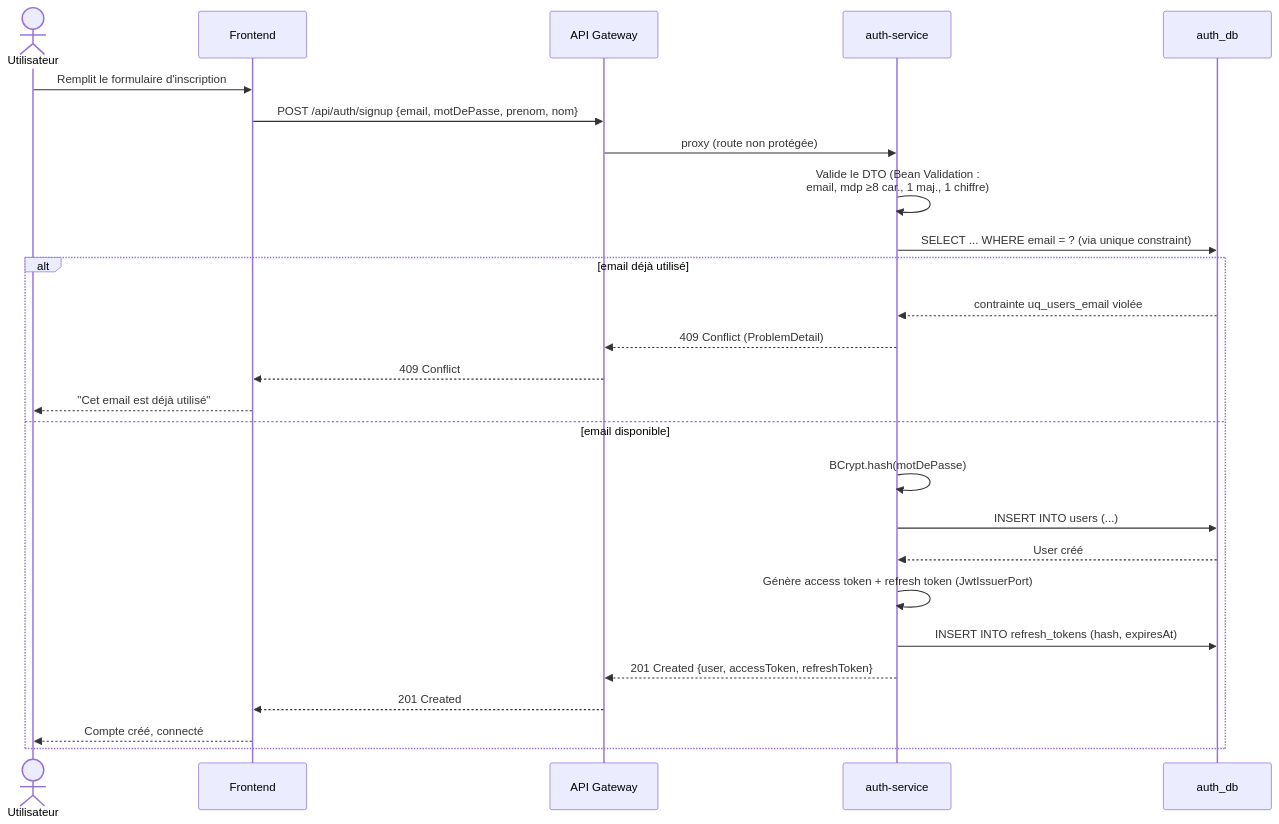
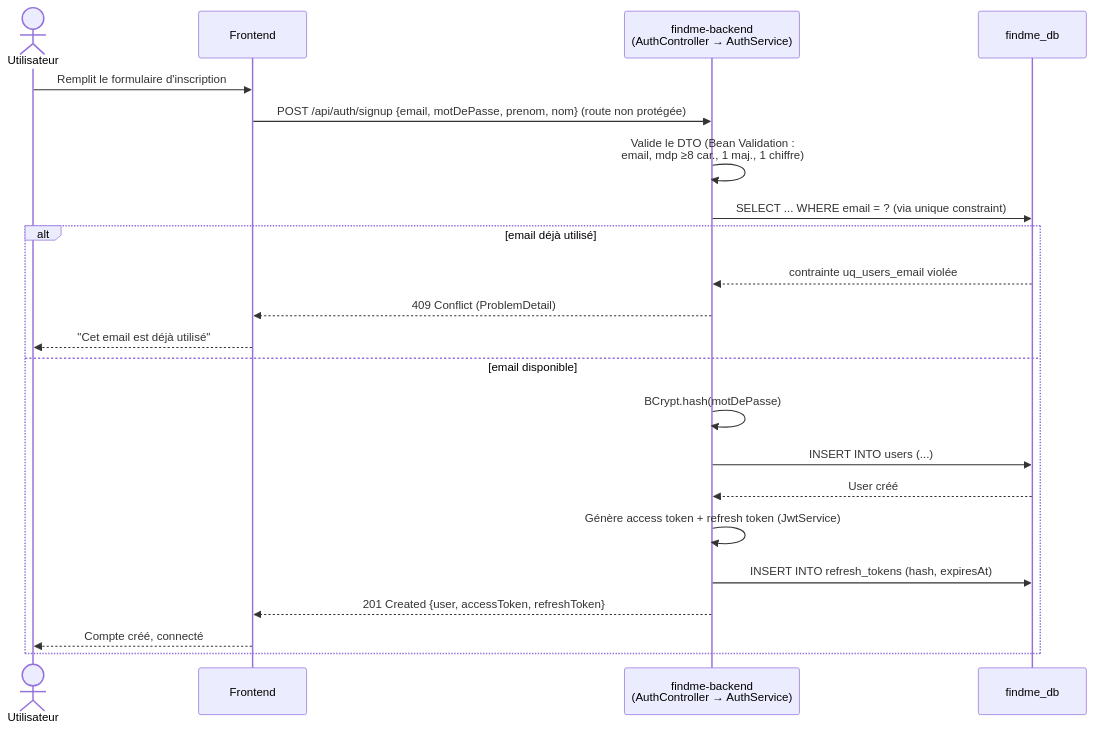
One commit to alexdibril237/findme_backend changed the sixth of 13 diagrams in docs/conception/DOSSIER_DE_CONCEPTION.md. Above: the diagram before and after it, drawn with Mermaid. The commit also changed other lines of this file and 327 other files, not shown here.

````diff
--- a/docs/conception/DOSSIER_DE_CONCEPTION.md
+++ b/docs/conception/DOSSIER_DE_CONCEPTION.md
@@ -331,29 +357,25 @@
 ```mermaid
 sequenceDiagram
     actor U as Utilisateur
     participant FE as Frontend
-    participant GW as API Gateway
-    participant A as auth-service
-    participant DB as auth_db
+    participant A as findme-backend<br/>(AuthController → AuthService)
+    participant DB as findme_db
 
     U->>FE: Remplit le formulaire d'inscription
-    FE->>GW: POST /api/auth/signup {email, motDePasse, prenom, nom}
-    GW->>A: proxy (route non protégée)
+    FE->>A: POST /api/auth/signup {email, motDePasse, prenom, nom} (route non protégée)
     A->>A: Valide le DTO (Bean Validation :<br/>email, mdp ≥8 car., 1 maj., 1 chiffre)
     A->>DB: SELECT ... WHERE email = ? (via unique constraint)
     alt email déjà utilisé
         DB-->>A: contrainte uq_users_email violée
-        A-->>GW: 409 Conflict (ProblemDetail)
-        GW-->>FE: 409 Conflict
+        A-->>FE: 409 Conflict (ProblemDetail)
         FE-->>U: "Cet email est déjà utilisé"
     else email disponible
         A->>A: BCrypt.hash(motDePasse)
         A->>DB: INSERT INTO users (...)
         DB-->>A: User créé
-        A->>A: Génère access token + refresh token (JwtIssuerPort)
+        A->>A: Génère access token + refresh token (JwtService)
         A->>DB: INSERT INTO refresh_tokens (hash, expiresAt)
-        A-->>GW: 201 Created {user, accessToken, refreshToken}
-        GW-->>FE: 201 Created
+        A-->>FE: 201 Created {user, accessToken, refreshToken}
         FE-->>U: Compte créé, connecté
     end
 ```
````
